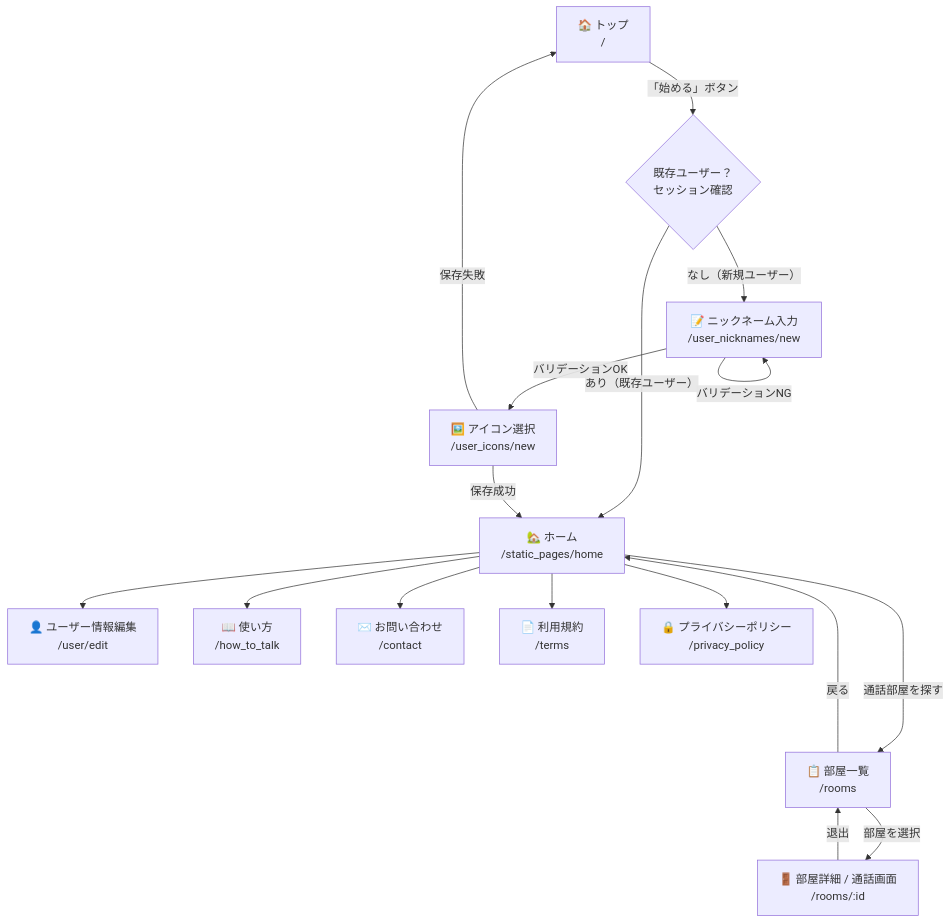
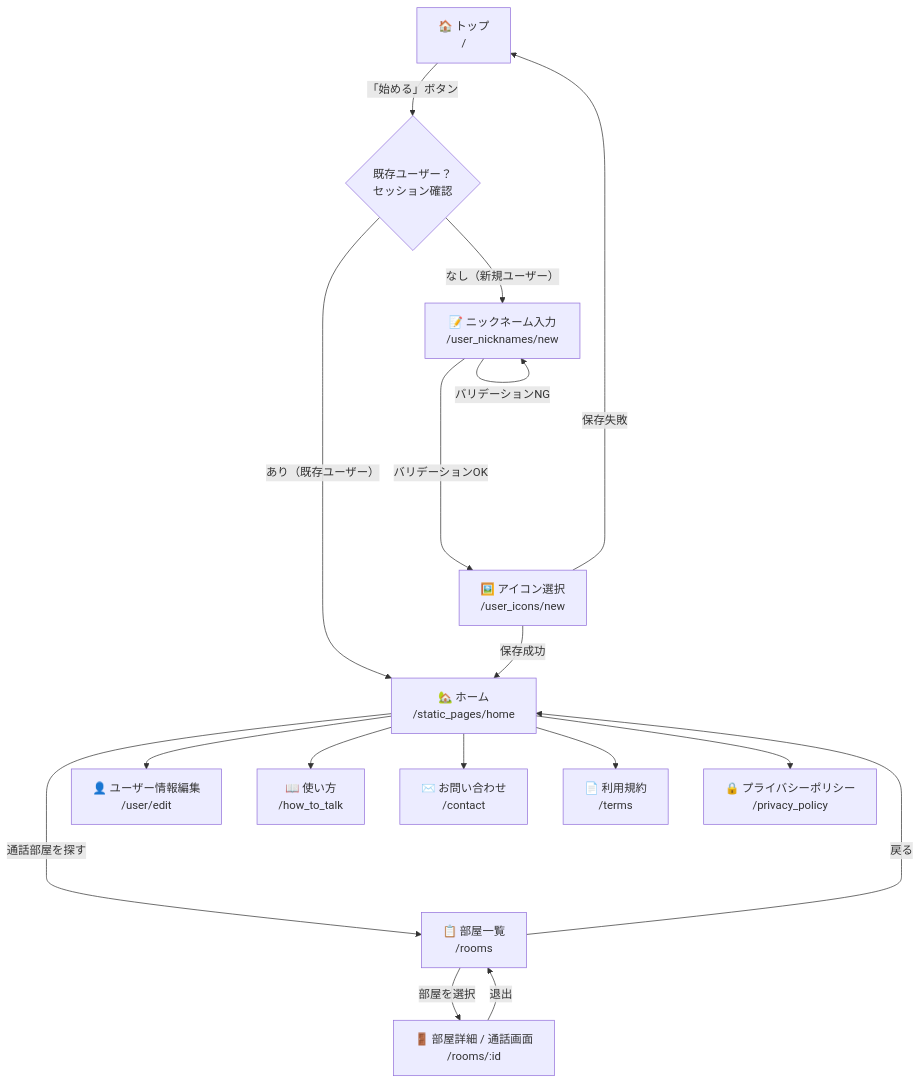
The diagram in docs/screen_transition.md (taka-thor/myapp), drawn with Mermaid before and after one commit.

Commit message:
update: バリデーションOK・あり（既存ユーザー）の矢印をさらに伸ばして間隔を拡大

````diff
--- a/docs/screen_transition.md
+++ b/docs/screen_transition.md
@@ -3,46 +3,46 @@
 ```mermaid
 flowchart TD
     TOP["🏠 トップ\n/"]
     SESSION{"既存ユーザー？\nセッション確認"}
     NICKNAME["📝 ニックネーム入力\n/user_nicknames/new"]
     ICON["🖼️ アイコン選択\n/user_icons/new"]
     HOME["🏡 ホーム\n/static_pages/home"]
     ROOMS["📋 部屋一覧\n/rooms"]
     ROOM_SHOW["🚪 部屋詳細 / 通話画面\n/rooms/:id"]
     USER_EDIT["👤 ユーザー情報編集\n/user/edit"]
     HOW_TO["📖 使い方\n/how_to_talk"]
     CONTACT["✉️ お問い合わせ\n/contact"]
     TERMS["📄 利用規約\n/terms"]
     PRIVACY["🔒 プライバシーポリシー\n/privacy_policy"]
 
     TOP -->|"「始める」ボタン"| SESSION
-    SESSION ---->|"あり（既存ユーザー）"| HOME
+    SESSION ------>|"あり（既存ユーザー）"| HOME
     SESSION -->|"なし（新規ユーザー）"| NICKNAME
-    NICKNAME -->|"バリデーションOK"| ICON
+    NICKNAME ------>|"バリデーションOK"| ICON
     NICKNAME -->|"バリデーションNG"| NICKNAME
     ICON -->|"保存成功"| HOME
     ICON -->|"保存失敗"| TOP
 
     HOME -->|"通話部屋を探す"| ROOMS
     ROOMS ---->|"戻る"| HOME
     HOME --> USER_EDIT
     HOME --> HOW_TO
     HOME --> CONTACT
     HOME --> TERMS
     HOME --> PRIVACY
 
     ROOMS -->|"部屋を選択"| ROOM_SHOW
     ROOM_SHOW -->|"退出"| ROOMS
 
     click TOP "https://github.com/taka-thor/myapp/blob/master/docs/images/top.png" _blank
     click HOME "https://github.com/taka-thor/myapp/blob/master/docs/images/home.png" _blank
     click NICKNAME "https://github.com/taka-thor/myapp/blob/master/docs/images/nickname.png" _blank
     click ICON "https://github.com/taka-thor/myapp/blob/master/docs/images/icon.png" _blank
     click ROOMS "https://github.com/taka-thor/myapp/blob/master/docs/images/rooms.png" _blank
     click ROOM_SHOW "https://github.com/taka-thor/myapp/blob/master/docs/images/room_show.png" _blank
     click USER_EDIT "https://github.com/taka-thor/myapp/blob/master/docs/images/user_edit.png" _blank
     click HOW_TO "https://github.com/taka-thor/myapp/blob/master/docs/images/how_to_talk.png" _blank
     click CONTACT "https://github.com/taka-thor/myapp/blob/master/docs/images/contact.png" _blank
     click TERMS "https://github.com/taka-thor/myapp/blob/master/docs/images/terms.png" _blank
     click PRIVACY "https://github.com/taka-thor/myapp/blob/master/docs/images/privacy.png" _blank
 ```
````
